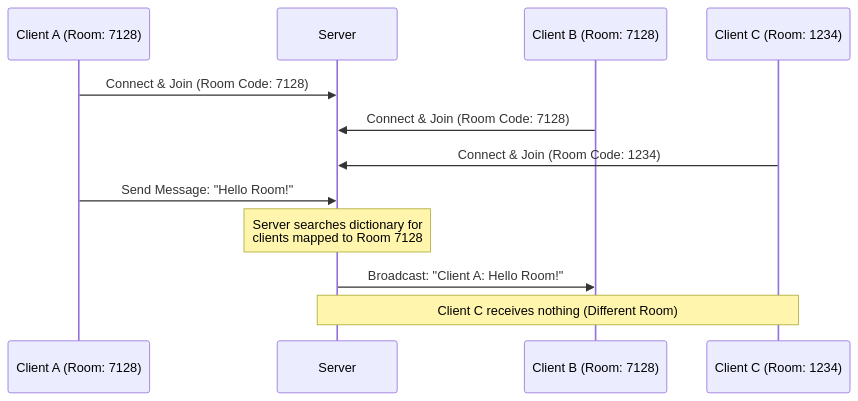
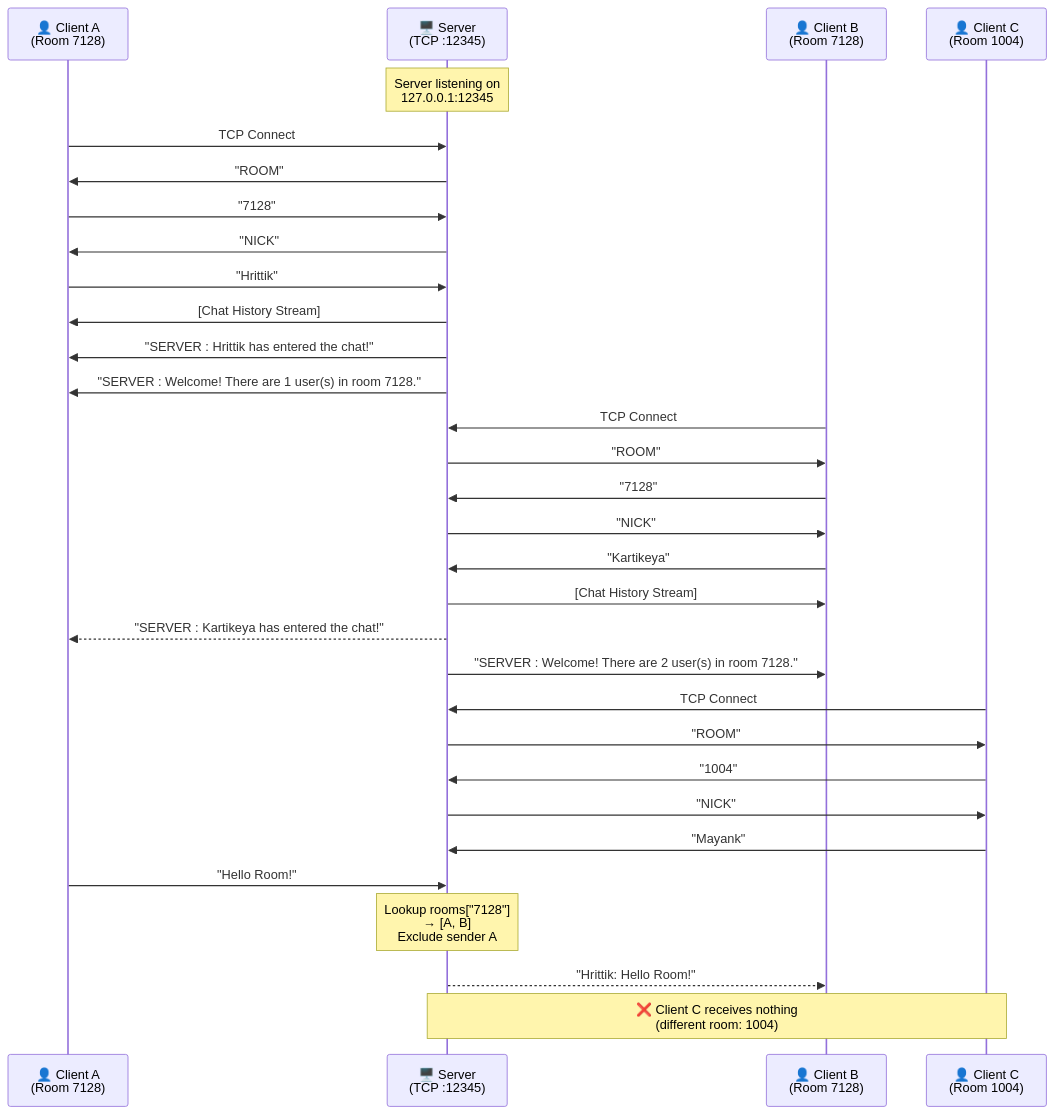
One commit to hrittik702/Chat-Room changed the diagram in readme.md. Above: the diagram before and after it, drawn with Mermaid. The commit also changed other lines of this file and 14 other files, not shown here.

````diff
--- a/readme.md
+++ b/readme.md
@@ -8,18 +78,38 @@
 ```mermaid
 sequenceDiagram
-    participant A as Client A (Room: 7128)
-    participant S as Server
-    participant B as Client B (Room: 7128)
-    participant C as Client C (Room: 1234)
-    
-    A->>S: Connect & Join (Room Code: 7128)
-    B->>S: Connect & Join (Room Code: 7128)
-    C->>S: Connect & Join (Room Code: 1234)
-    
-    A->>S: Send Message: "Hello Room!"
-    
-    Note over S: Server searches dictionary for<br/>clients mapped to Room 7128
-    
-    S->>B: Broadcast: "Client A: Hello Room!"
-    Note over S, C: Client C receives nothing (Different Room)
+    participant A as 👤 Client A<br/>(Room 7128)
+    participant S as 🖥️ Server<br/>(TCP :12345)
+    participant B as 👤 Client B<br/>(Room 7128)
+    participant C as 👤 Client C<br/>(Room 1004)
+
+    Note over S: Server listening on<br/>127.0.0.1:12345
+
+    A->>S: TCP Connect
+    S->>A: "ROOM"
+    A->>S: "7128"
+    S->>A: "NICK"
+    A->>S: "Hrittik"
+    S->>A: [Chat History Stream]
+    S->>A: "SERVER : Hrittik has entered the chat!"
+    S->>A: "SERVER : Welcome! There are 1 user(s) in room 7128."
+
+    B->>S: TCP Connect
+    S->>B: "ROOM"
+    B->>S: "7128"
+    S->>B: "NICK"
+    B->>S: "Kartikeya"
+    S->>B: [Chat History Stream]
+    S-->>A: "SERVER : Kartikeya has entered the chat!"
+    S->>B: "SERVER : Welcome! There are 2 user(s) in room 7128."
+
+    C->>S: TCP Connect
+    S->>C: "ROOM"
+    C->>S: "1004"
+    S->>C: "NICK"
+    C->>S: "Mayank"
+
+    A->>S: "Hello Room!"
+    Note over S: Lookup rooms["7128"]<br/>→ [A, B]<br/>Exclude sender A
+    S-->>B: "Hrittik: Hello Room!"
+    Note over S,C: ❌ Client C receives nothing<br/>(different room: 1004)
 ```
````
